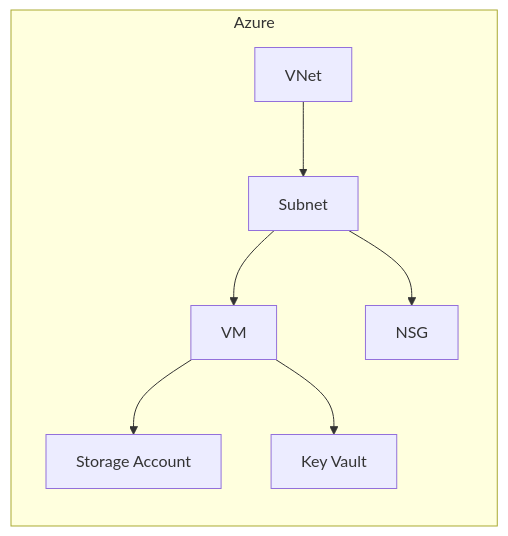
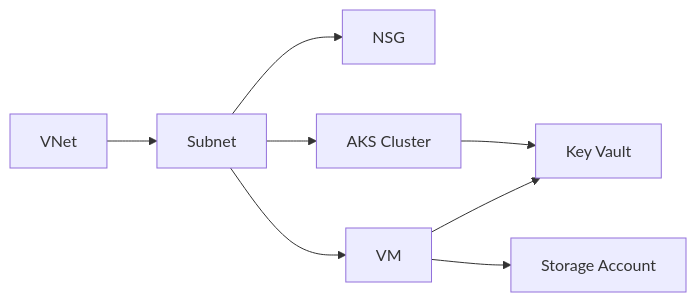
One commit to davidop/multi-cloud-templates changed the second of 2 diagrams in README.md. Above: the diagram before and after it, drawn with Mermaid. The commit also changed 1 other file, not shown here.

Commit message:
Update Azure architecture diagram to include AKS cluster and improve flowchart structure

````diff
--- a/README.md
+++ b/README.md
@@ -82,16 +82,17 @@
 ```mermaid
-graph LR
-    subgraph Azure
-        az-vnet[VNet]
-        az-subnet[Subnet]
-        az-nsg[NSG]
-        az-vm[VM]
-        az-sa[Storage Account]
-        az-kv[Key Vault]
-    end
+flowchart LR
+    az-vnet[VNet]
+    az-subnet[Subnet]
+    az-nsg[NSG]
+    az-aks[AKS Cluster]
+    az-vm[VM]
+    az-sa[Storage Account]
+    az-kv[Key Vault]
     az-vnet --> az-subnet
+    az-subnet --> az-nsg
+    az-subnet --> az-aks
     az-subnet --> az-vm
-    az-subnet --> az-nsg
+    az-aks --> az-kv
     az-vm --> az-sa
     az-vm --> az-kv
 ```
````
